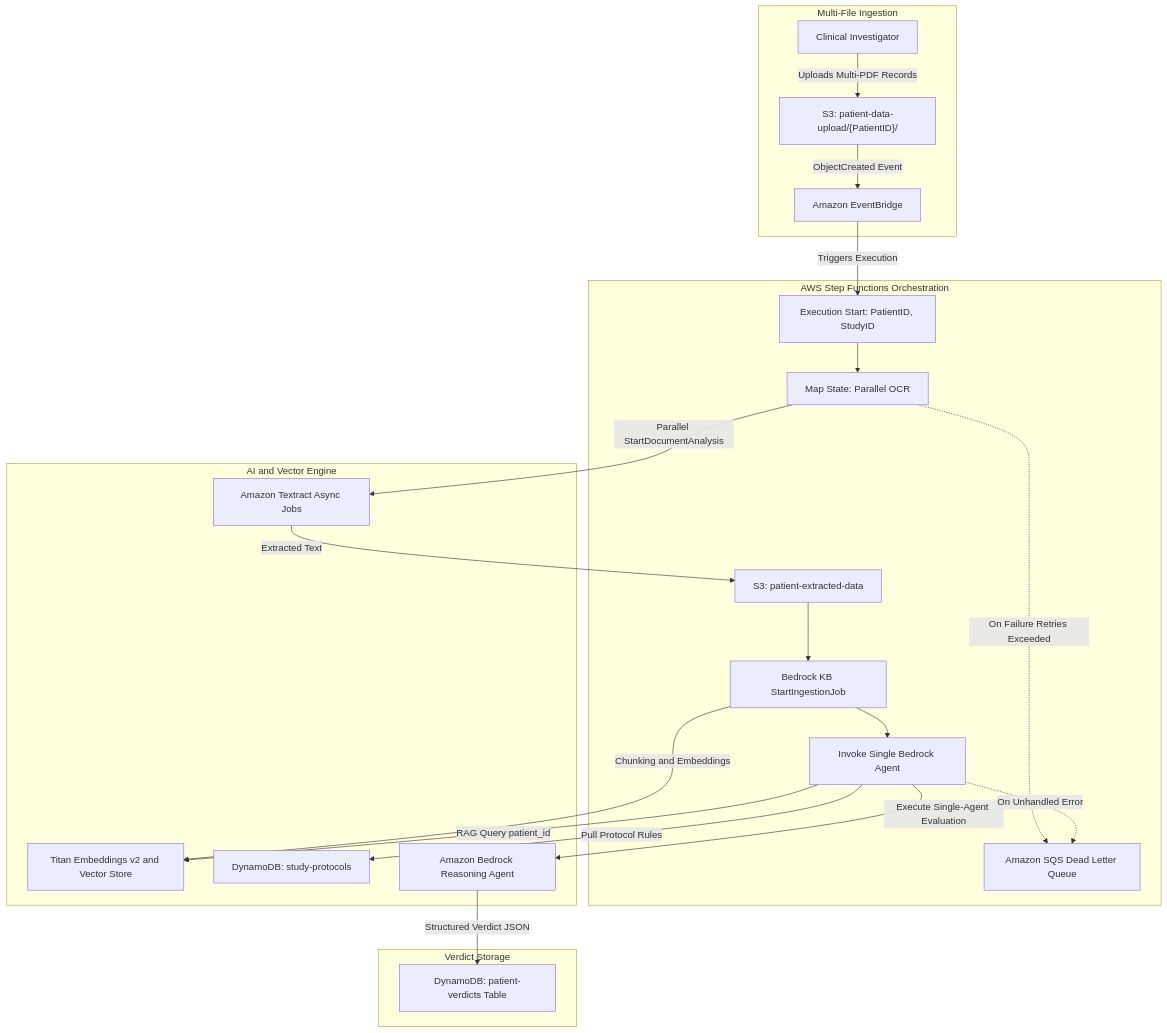
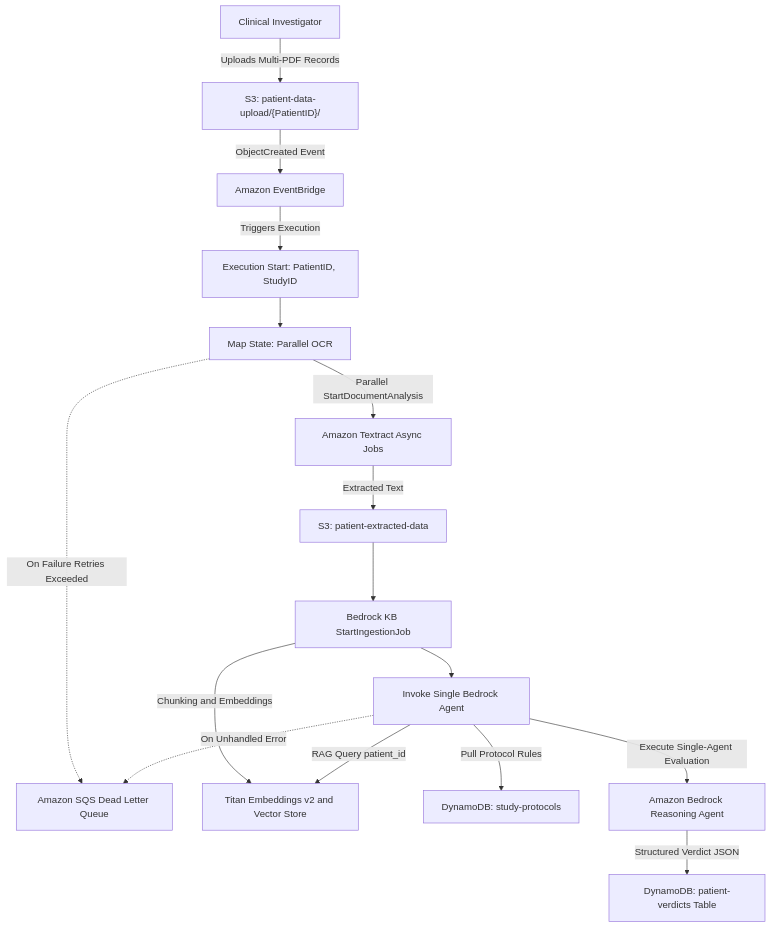
The fourth of 6 diagrams in Architecture.md (skarj/aws-solution-medical-agent), drawn with Mermaid before and after one commit. The commit also changed other lines of this file and 1 other file, not shown here.

Commit message:
Improve Diagrams

````diff
--- a/Architecture.md
+++ b/Architecture.md
@@ -126,44 +107,33 @@
 ```mermaid
 graph TD
-    subgraph Ingestion_Trigger ["Multi-File Ingestion"]
-        CLINICIAN["Clinical Investigator"]
-        S3_PATIENT["S3: patient-data-upload/{PatientID}/"]
-        EV_BRIDGE["Amazon EventBridge"]
-    end
-
-    subgraph State_Machine ["AWS Step Functions Orchestration"]
-        SFN_START["Execution Start: PatientID, StudyID"]
-        MAP_OCR["Map State: Parallel OCR"]
-        S3_EXTRACT["S3: patient-extracted-data"]
-        KB_INGEST["Bedrock KB StartIngestionJob"]
-        INVOKE_AGENT["Invoke Single Bedrock Agent"]
-        SQS_DLQ["Amazon SQS Dead Letter Queue"]
-    end
-
-    subgraph AI_RAG_Services ["AI and Vector Engine"]
-        TEXTRACT_ASYNC["Amazon Textract Async Jobs"]
-        TITAN_EMB["Titan Embeddings v2 and Vector Store"]
-        DDB_PROTO["DynamoDB: study-protocols"]
-        BEDROCK_AGENT["Amazon Bedrock Reasoning Agent"]
-    end
-
-    subgraph Persistence ["Verdict Storage"]
-        DDB_VERDICT["DynamoDB: patient-verdicts Table"]
-    end
+    CLINICIAN["Clinical Investigator"]
+    S3_PATIENT["S3: patient-data-upload/{PatientID}/"]
+    EV_BRIDGE["Amazon EventBridge"]
+    SFN_START["Execution Start: PatientID, StudyID"]
+    MAP_OCR["Map State: Parallel OCR"]
+    S3_EXTRACT["S3: patient-extracted-data"]
+    KB_INGEST["Bedrock KB StartIngestionJob"]
+    INVOKE_AGENT["Invoke Single Bedrock Agent"]
+    SQS_DLQ["Amazon SQS Dead Letter Queue"]
+    TEXTRACT_ASYNC["Amazon Textract Async Jobs"]
+    TITAN_EMB["Titan Embeddings v2 and Vector Store"]
+    DDB_PROTO["DynamoDB: study-protocols"]
+    BEDROCK_AGENT["Amazon Bedrock Reasoning Agent"]
+    DDB_VERDICT["DynamoDB: patient-verdicts Table"]
 
     CLINICIAN -->|"Uploads Multi-PDF Records"| S3_PATIENT
     S3_PATIENT -->|"ObjectCreated Event"| EV_BRIDGE
     EV_BRIDGE -->|"Triggers Execution"| SFN_START
     SFN_START --> MAP_OCR
     MAP_OCR -->|"Parallel StartDocumentAnalysis"| TEXTRACT_ASYNC
     TEXTRACT_ASYNC -->|"Extracted Text"| S3_EXTRACT
     S3_EXTRACT --> KB_INGEST
     KB_INGEST -->|"Chunking and Embeddings"| TITAN_EMB
     KB_INGEST --> INVOKE_AGENT
     INVOKE_AGENT -->|"Pull Protocol Rules"| DDB_PROTO
     INVOKE_AGENT -->|"RAG Query patient_id"| TITAN_EMB
     INVOKE_AGENT -->|"Execute Single-Agent Evaluation"| BEDROCK_AGENT
     BEDROCK_AGENT -->|"Structured Verdict JSON"| DDB_VERDICT
     MAP_OCR -.->|"On Failure Retries Exceeded"| SQS_DLQ
     INVOKE_AGENT -.->|"On Unhandled Error"| SQS_DLQ
 ```
````
